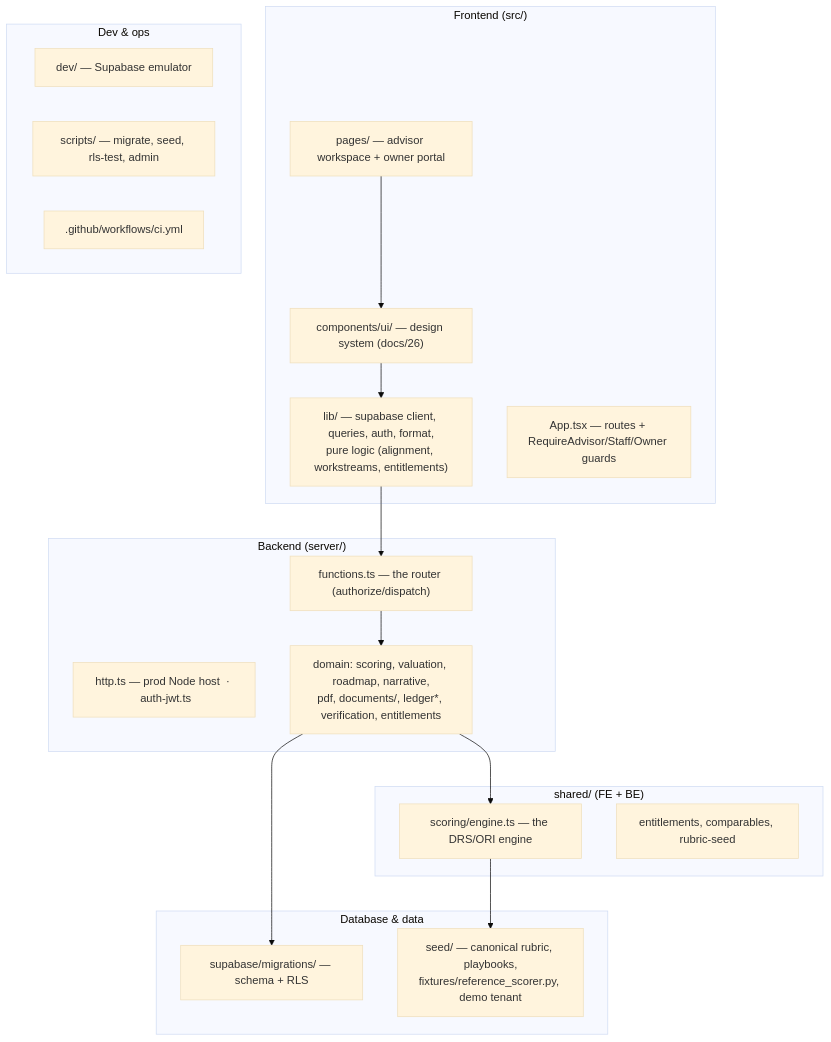
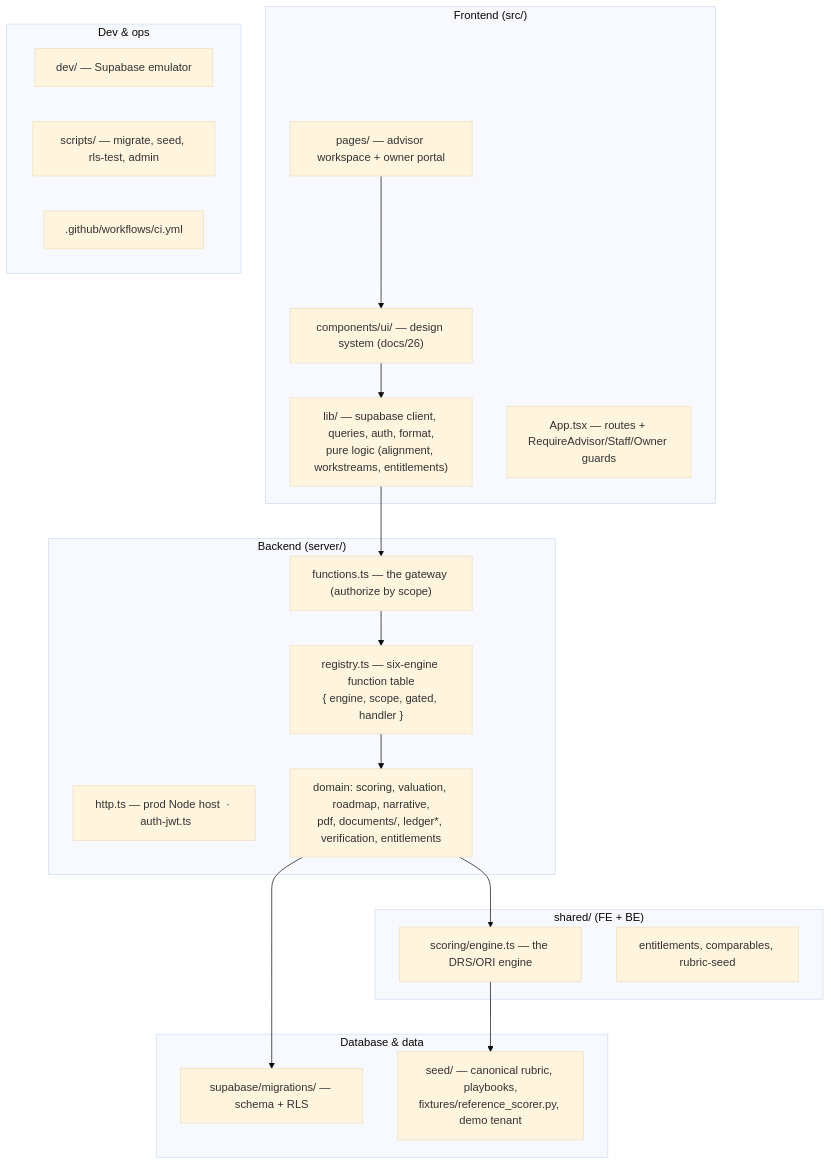
One commit to matthew-fsc/exitblueprint-mvp changed the fifth of 6 diagrams in docs/28-architecture-map.md. Above: the diagram before and after it, drawn with Mermaid (base theme). The commit also changed other lines of this file and 6 other files, not shown here.

````diff
--- a/docs/28-architecture-map.md
+++ b/docs/28-architecture-map.md
@@ -131,32 +137,33 @@
 ```mermaid
 flowchart TB
   subgraph FE["Frontend  (src/)"]
     P["pages/ — advisor workspace + owner portal"]
     C["components/ui/ — design system (docs/26)"]
     L["lib/ — supabase client, queries, auth, format,<br/>pure logic (alignment, workstreams, entitlements)"]
     A["App.tsx — routes + RequireAdvisor/Staff/Owner guards"]
   end
   subgraph BE["Backend  (server/)"]
-    F["functions.ts — the router (authorize/dispatch)"]
+    F["functions.ts — the gateway (authorize by scope)"]
+    REG["registry.ts — six-engine function table<br/>{ engine, scope, gated, handler }"]
     HTTP["http.ts — prod Node host  ·  auth-jwt.ts"]
     D["domain: scoring, valuation, roadmap, narrative,<br/>pdf, documents/, ledger*, verification, entitlements"]
   end
   subgraph SH["shared/  (FE + BE)"]
     SC["scoring/engine.ts — the DRS/ORI engine"]
     SM["entitlements, comparables, rubric-seed"]
   end
   subgraph DBP["Database & data"]
     MIG["supabase/migrations/ — schema + RLS"]
     SEED["seed/ — canonical rubric, playbooks,<br/>fixtures/reference_scorer.py, demo tenant"]
   end
   subgraph OPS["Dev & ops"]
     DEV["dev/ — Supabase emulator"]
     SCR["scripts/ — migrate, seed, rls-test, admin"]
     CI[".github/workflows/ci.yml"]
   end
 
   P --> C --> L --> F
-  F --> D --> SC
+  F --> REG --> D --> SC
   D --> MIG
   SC --> SEED
 ```
````
